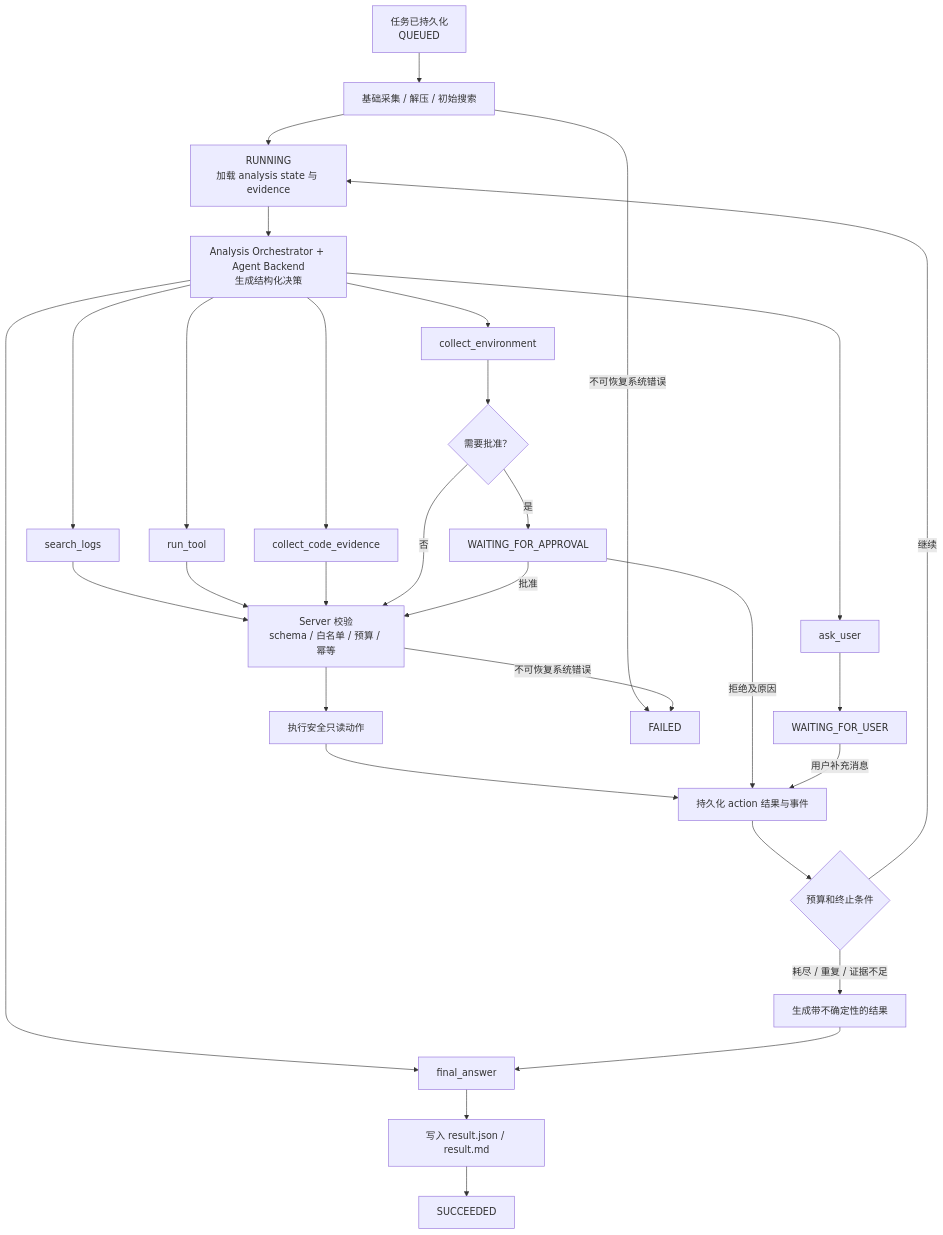
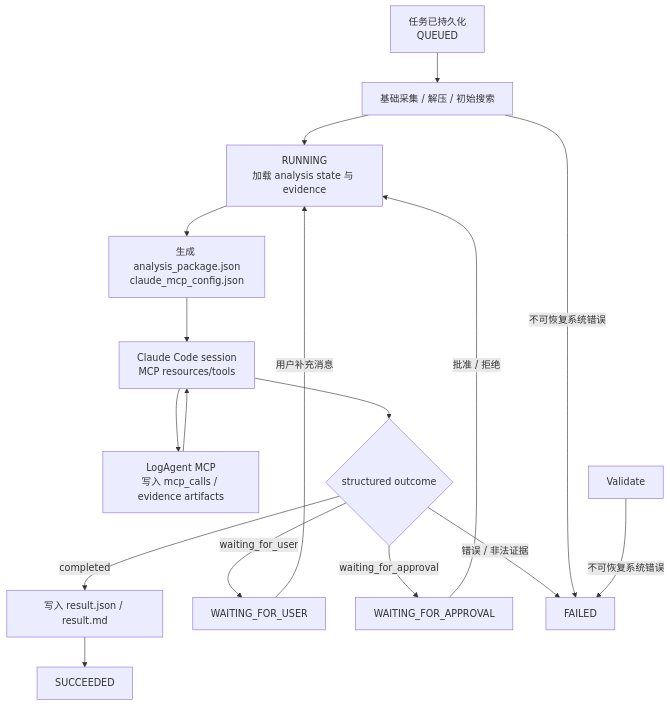
Before and after one commit to zhiwangdu/prd_assistant: the diagram in SPEC.md, drawn with Mermaid. The commit also changed other lines of this file and 64 other files, not shown here.

Commit message:
feat: switch analysis to claude code mcp sessions

````diff
--- a/SPEC.md
+++ b/SPEC.md
@@ -110,40 +111,22 @@
 ```mermaid
 flowchart TD
     Start["任务已持久化<br/>QUEUED"] --> Initial["基础采集 / 解压 / 初始搜索"]
     Initial --> Running["RUNNING<br/>加载 analysis state 与 evidence"]
-    Running --> Decide["Analysis Orchestrator + Agent Backend<br/>生成结构化决策"]
+    Running --> Package["生成 analysis_package.json<br/>claude_mcp_config.json"]
+    Package --> Claude["Claude Code session<br/>MCP resources/tools"]
+    Claude --> Mcp["LogAgent MCP<br/>写入 mcp_calls / evidence artifacts"]
+    Mcp --> Claude
+    Claude --> Outcome{"structured outcome"}
 
-    Decide --> Search["search_logs"]
-    Decide --> Tool["run_tool"]
-    Decide --> Code["collect_code_evidence"]
-    Decide --> Env["collect_environment"]
-    Decide --> Ask["ask_user"]
-    Decide --> Final["final_answer"]
+    Outcome -->|"completed"| Result["写入 result.json / result.md"]
+    Outcome -->|"waiting_for_user"| WaitingUser["WAITING_FOR_USER"]
+    Outcome -->|"waiting_for_approval"| WaitingApproval["WAITING_FOR_APPROVAL"]
+    Outcome -->|"错误 / 非法证据"| Failed["FAILED"]
 
-    Search --> Validate["Server 校验<br/>schema / 白名单 / 预算 / 幂等"]
-    Tool --> Validate
-    Code --> Validate
-    Env --> Approval{"需要批准？"}
-
-    Validate --> Execute["执行安全只读动作"]
-    Execute --> Persist["持久化 action 结果与事件"]
-    Persist --> Budget{"预算和终止条件"}
-
-    Approval -->|"是"| WaitingApproval["WAITING_FOR_APPROVAL"]
-    Approval -->|"否"| Validate
-    WaitingApproval -->|"批准"| Validate
-    WaitingApproval -->|"拒绝及原因"| Persist
-
-    Ask --> WaitingUser["WAITING_FOR_USER"]
-    WaitingUser -->|"用户补充消息"| Persist
-
-    Budget -->|"继续"| Running
-    Budget -->|"耗尽 / 重复 / 证据不足"| Limited["生成带不确定性的结果"]
-    Limited --> Final
-
-    Final --> Result["写入 result.json / result.md"]
+    WaitingUser -->|"用户补充消息"| Running
+    WaitingApproval -->|"批准 / 拒绝"| Running
     Result --> Success["SUCCEEDED"]
 
     Initial -->|"不可恢复系统错误"| Failed["FAILED"]
     Validate -->|"不可恢复系统错误"| Failed
 ```
````
